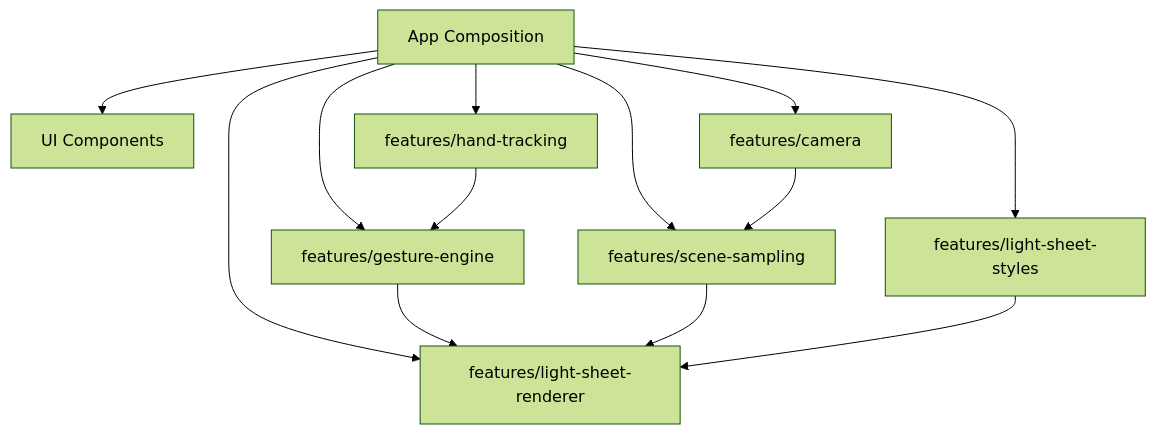
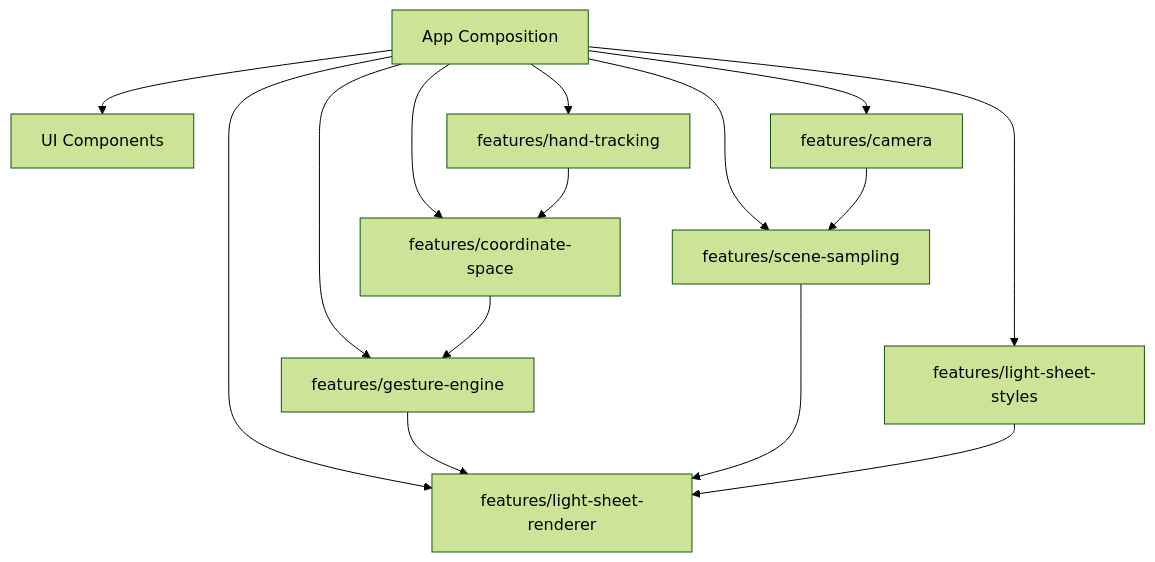
The diagram in docs/architecture/runtime-contracts.md (Baldman-JYH/gesture-mask-studio), drawn with Mermaid (forest theme) before and after one commit. The commit also changed other lines of this file and 13 other files, not shown here.

Commit message:
fix: align mirrored gesture coordinates

````diff
--- a/docs/architecture/runtime-contracts.md
+++ b/docs/architecture/runtime-contracts.md
@@ -22,16 +23,18 @@
 ```mermaid
 flowchart TD
   App[App Composition] --> UI[UI Components]
   App --> Camera[features/camera]
   App --> Tracking[features/hand-tracking]
+  App --> Coordinates[features/coordinate-space]
   App --> Gesture[features/gesture-engine]
   App --> Sampling[features/scene-sampling]
   App --> Renderer[features/light-sheet-renderer]
   App --> Styles[features/light-sheet-styles]
 
-  Tracking --> Gesture
+  Tracking --> Coordinates
+  Coordinates --> Gesture
   Camera --> Sampling
   Gesture --> Renderer
   Sampling --> Renderer
   Styles --> Renderer
 ```
````
